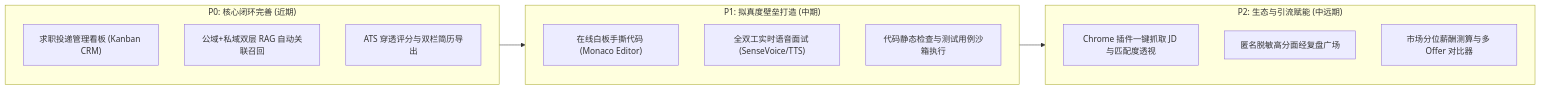
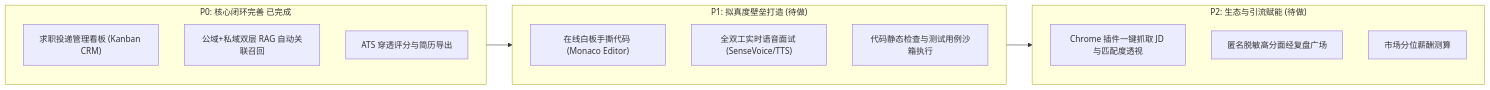
Before and after one commit to SunnyZest/mindforge-ai: the diagram in README.md, drawn with Mermaid. The commit also changed other lines of this file and 3 other files, not shown here.

````diff
--- a/README.md
+++ b/README.md
@@ -357,22 +361,22 @@
 ```mermaid
 flowchart LR
-    subgraph P0["P0: 核心闭环完善 (近期)"]
+    subgraph P0["P0: 核心闭环完善 已完成"]
         P0_1["求职投递管理看板 (Kanban CRM)"]
         P0_2["公域+私域双层 RAG 自动关联召回"]
-        P0_3["ATS 穿透评分与双栏简历导出"]
+        P0_3["ATS 穿透评分与简历导出"]
     end
 
-    subgraph P1["P1: 拟真度壁垒打造 (中期)"]
+    subgraph P1["P1: 拟真度壁垒打造 (待做)"]
         P1_1["在线白板手撕代码 (Monaco Editor)"]
         P1_2["全双工实时语音面试 (SenseVoice/TTS)"]
         P1_3["代码静态检查与测试用例沙箱执行"]
     end
 
-    subgraph P2["P2: 生态与引流赋能 (中远期)"]
+    subgraph P2["P2: 生态与引流赋能 (待做)"]
         P2_1["Chrome 插件一键抓取 JD 与匹配度透视"]
         P2_2["匿名脱敏高分面经复盘广场"]
-        P2_3["市场分位薪酬测算与多 Offer 对比器"]
+        P2_3["市场分位薪酬测算"]
     end
 
     P0 --> P1 --> P2
 ```
````
